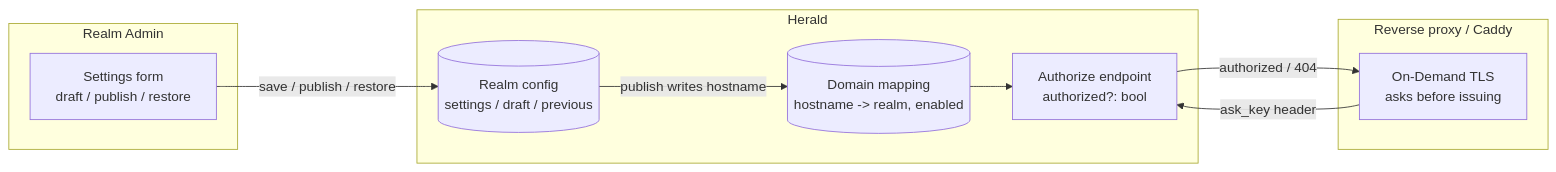
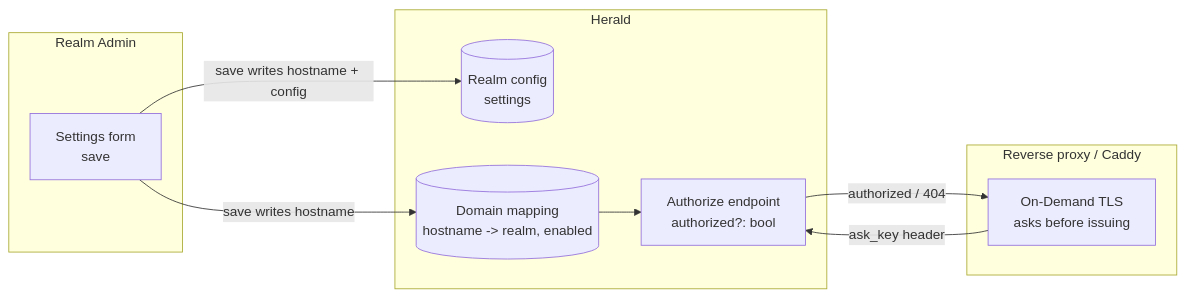
The diagram in docs-web/content/docs/realm-custom-domain.mdx (ansonTGN/herald), drawn with Mermaid before and after one commit. The commit also changed other lines of this file and 9 other files, not shown here.

First line of the commit message:
test(custom-domain): simplify e2e + docs to single-PUT save model (drop draft/publish/restore lifecycle)

````diff
--- a/docs-web/content/docs/realm-custom-domain.mdx
+++ b/docs-web/content/docs/realm-custom-domain.mdx
@@ -64,22 +65,22 @@
 ```mermaid
 flowchart LR
     subgraph Admin[Realm Admin]
-        UI[Settings form<br/>draft / publish / restore]
+        UI[Settings form<br/>save]
     end
 
     subgraph Herald
-        CFG[(Realm config<br/>settings / draft / previous)]
+        CFG[(Realm config<br/>settings)]
         MAP[(Domain mapping<br/>hostname -> realm, enabled)]
         ASK[Authorize endpoint<br/>authorized?: bool]
     end
 
     subgraph Proxy[Reverse proxy / Caddy]
         TLS[On-Demand TLS<br/>asks before issuing]
     end
 
-    UI -->|save / publish / restore| CFG
-    CFG -->|publish writes hostname| MAP
+    UI -->|save writes hostname + config| CFG
+    UI -->|save writes hostname| MAP
     MAP --> ASK
     TLS -->|ask_key header| ASK
     ASK -->|authorized / 404| TLS
 ```
````
